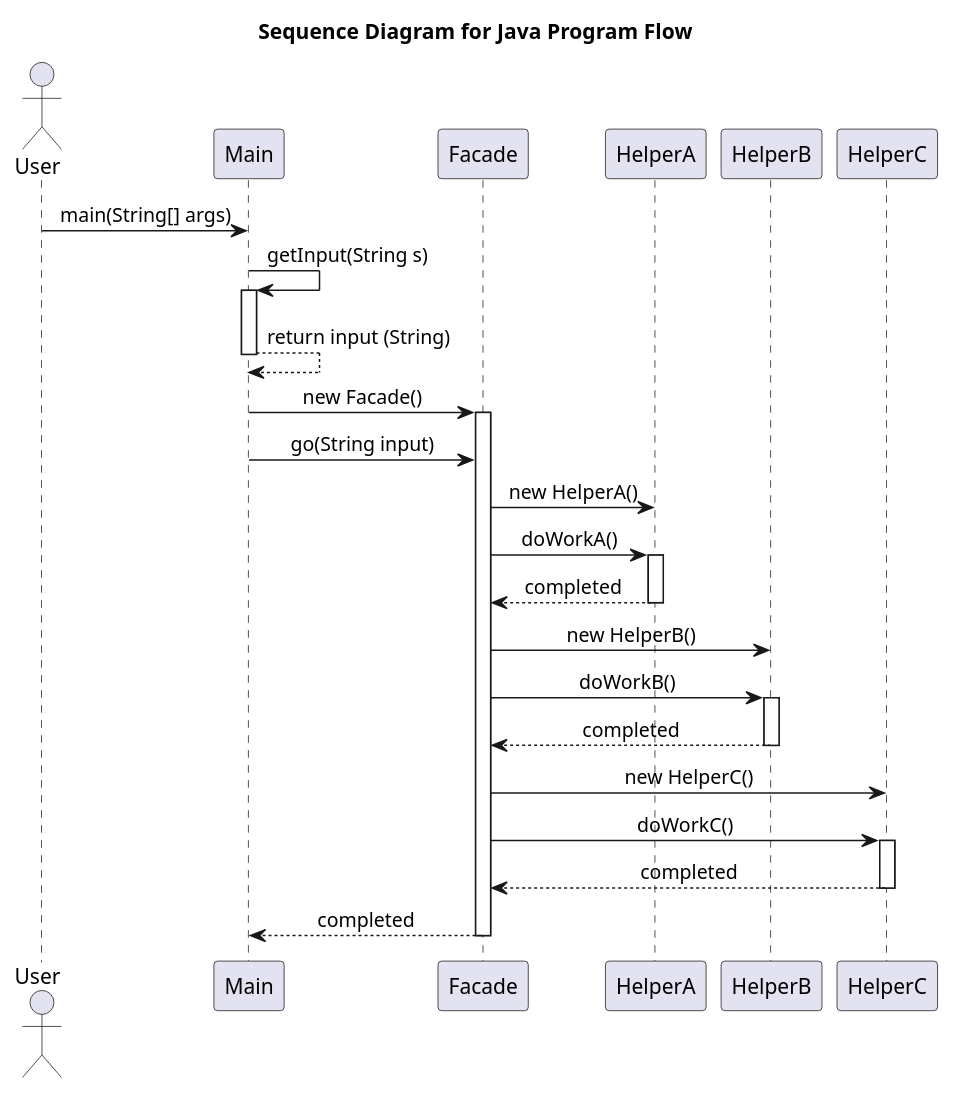
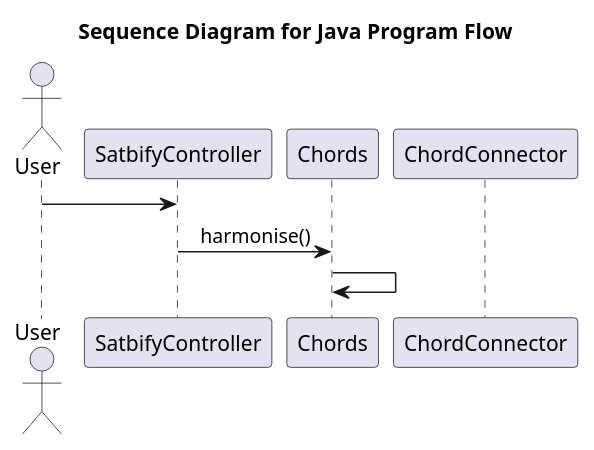
Before and after one commit to beekeepeer/Satbify: the diagram in Diagrams/dataFlow.puml, drawn with PlantUML. The commit also changed 14 other files, not shown here.

```diff
--- a/Diagrams/dataFlow.puml
+++ b/Diagrams/dataFlow.puml
@@ -1,46 +1,17 @@
 @startuml
 skinparam sequenceMessageAlign center
 skinparam participantFontSize 12
 skinparam sequenceParticipantFontSize 14
 title Sequence Diagram for Java Program Flow
 
 actor User as user
-participant Main
-participant Facade
-participant HelperA
-participant HelperB
-participant HelperC
-
-user -> Main: main(String[] args)
-Main -> Main: getInput(String s)
-activate Main
-Main --> Main: return input (String)
-deactivate Main
-
-Main -> Facade: new Facade()
-activate Facade
-
-Main -> Facade: go(String input)
+participant SatbifyController as app
+participant Chords as chords
+participant ChordConnector as connector
 
 
-Facade -> HelperA: new HelperA()
-Facade -> HelperA: doWorkA()
-activate HelperA
-HelperA --> Facade: completed
-deactivate HelperA
+user -> app
+app -> chords: harmonise()
+chords -> chords:
 
-Facade -> HelperB: new HelperB()
-Facade -> HelperB: doWorkB()
-activate HelperB
-HelperB --> Facade: completed
-deactivate HelperB
-
-Facade -> HelperC: new HelperC()
-Facade -> HelperC: doWorkC()
-activate HelperC
-HelperC --> Facade: completed
-deactivate HelperC
-
-Facade --> Main: completed
-deactivate Facade
 @enduml
```
